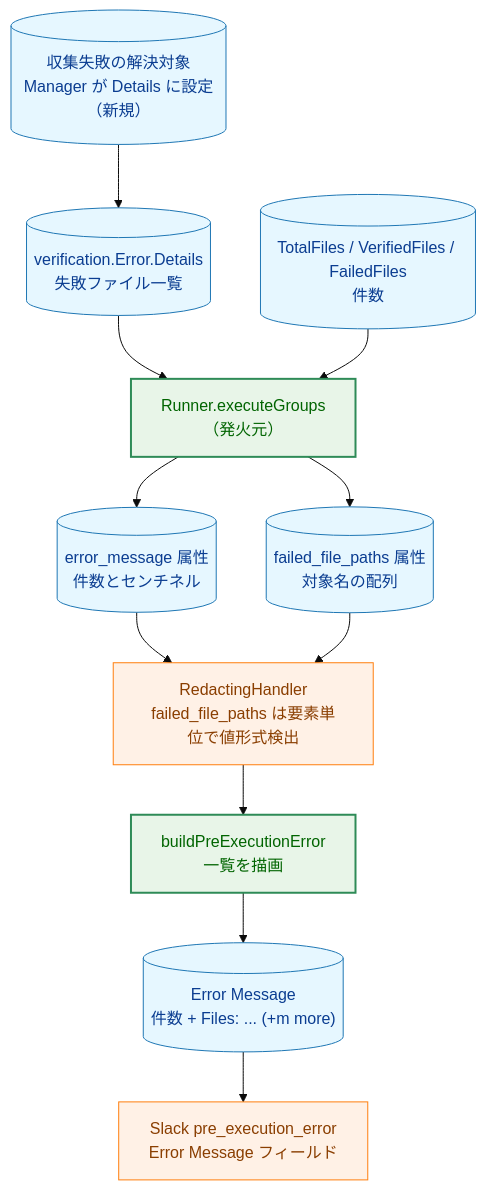
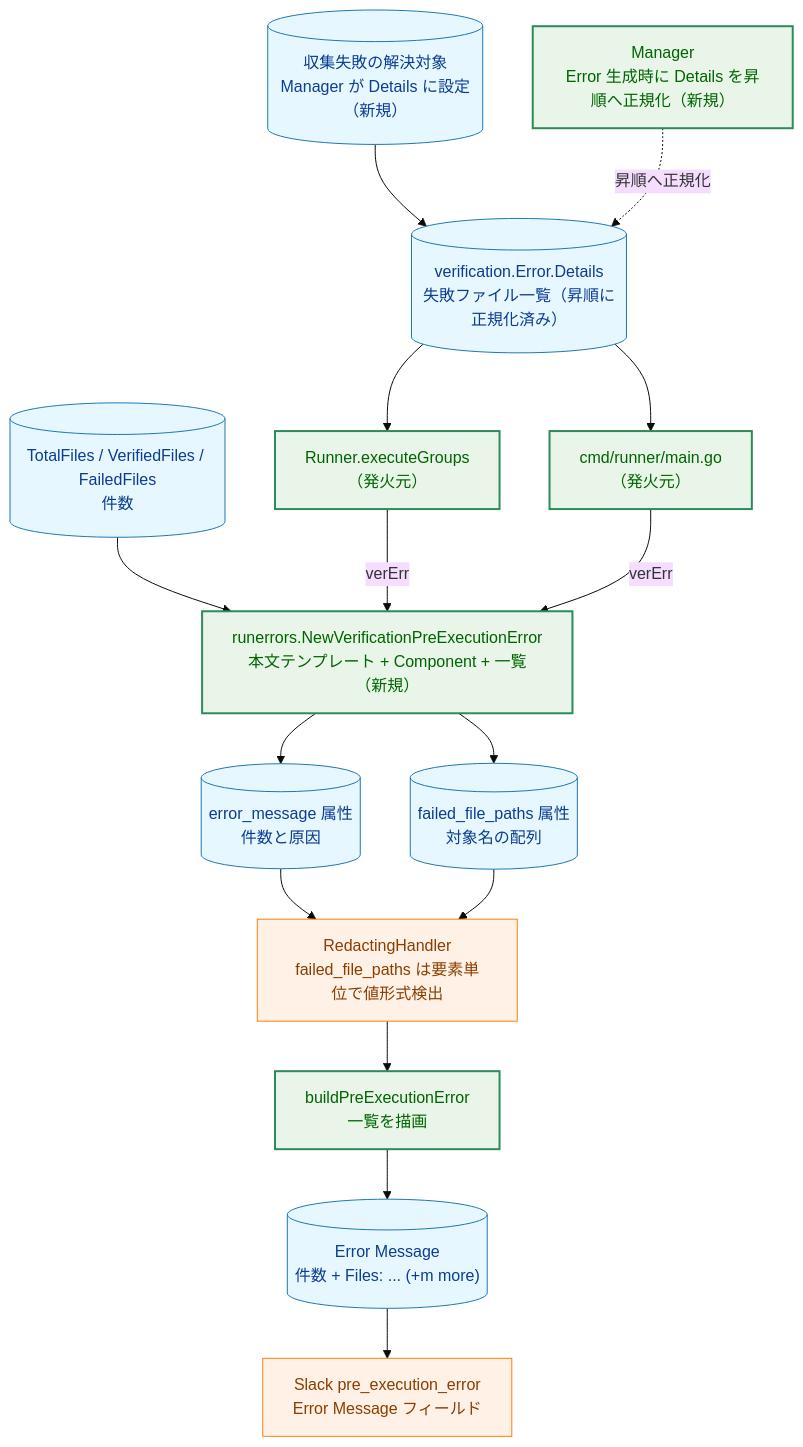
Before and after one commit to isseis/go-safe-cmd-runner: the first of 10 diagrams in docs/tasks/0175_group_verification_error_failed_files/02_architecture.md, drawn with Mermaid (base theme). The commit also changed other lines of this file and 1 other file, not shown here.

First line of the commit message:
docs(0175): unify global and group verification error reporting

````diff
--- a/docs/tasks/0175_group_verification_error_failed_files/02_architecture.md
+++ b/docs/tasks/0175_group_verification_error_failed_files/02_architecture.md
@@ -79,32 +83,39 @@
 ```mermaid
 flowchart TD
     classDef data fill:#e6f7ff,stroke:#1f77b4,stroke-width:1px,color:#0b3d91;
     classDef process fill:#fff1e6,stroke:#ff7f0e,stroke-width:1px,color:#8a3e00;
     classDef enhanced fill:#e8f5e8,stroke:#2e8b57,stroke-width:2px,color:#006400;
 
-    DET[("verification.Error.Details<br>失敗ファイル一覧")]
+    DET[("verification.Error.Details<br>失敗ファイル一覧（昇順に正規化済み）")]
     CF[("収集失敗の解決対象<br>Manager が Details に設定（新規）")]
+    SORT["Manager<br>Error 生成時に Details を昇順へ正規化（新規）"]
     CNT[("TotalFiles / VerifiedFiles / FailedFiles<br>件数")]
     RUN["Runner.executeGroups<br>（発火元）"]
-    MSG[("error_message 属性<br>件数とセンチネル")]
+    MAIN["cmd/runner/main.go<br>（発火元）"]
+    CNV["runerrors.NewVerificationPreExecutionError<br>本文テンプレート + Component + 一覧（新規）"]
+    MSG[("error_message 属性<br>件数と原因")]
     FILES[("failed_file_paths 属性<br>対象名の配列")]
     RED["RedactingHandler<br>failed_file_paths は要素単位で値形式検出"]
     BUILD["buildPreExecutionError<br>一覧を描画"]
     BODY[("Error Message<br>件数 + Files: ... (+m more)")]
     OUT["Slack pre_execution_error<br>Error Message フィールド"]
 
     CF --> DET
+    SORT -.->|"昇順へ正規化"| DET
     DET --> RUN
-    CNT --> RUN
-    RUN --> MSG
-    RUN --> FILES
+    DET --> MAIN
+    CNT --> CNV
+    RUN -->|"verErr"| CNV
+    MAIN -->|"verErr"| CNV
+    CNV --> MSG
+    CNV --> FILES
     MSG --> RED
     FILES --> RED
     RED --> BUILD
     BUILD --> BODY
     BODY --> OUT
 
     class CF,DET,CNT,MSG,FILES,BODY data
-    class RUN,BUILD enhanced
+    class SORT,RUN,MAIN,CNV,BUILD enhanced
     class RED,OUT process
 ```
````
